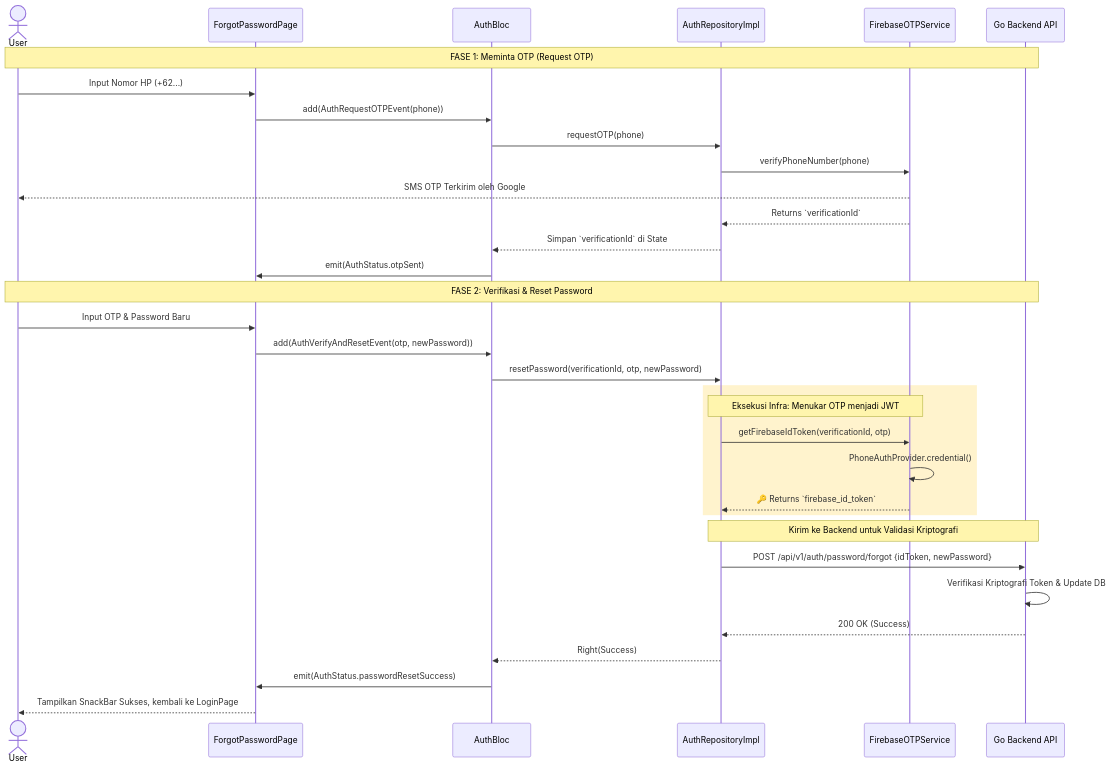
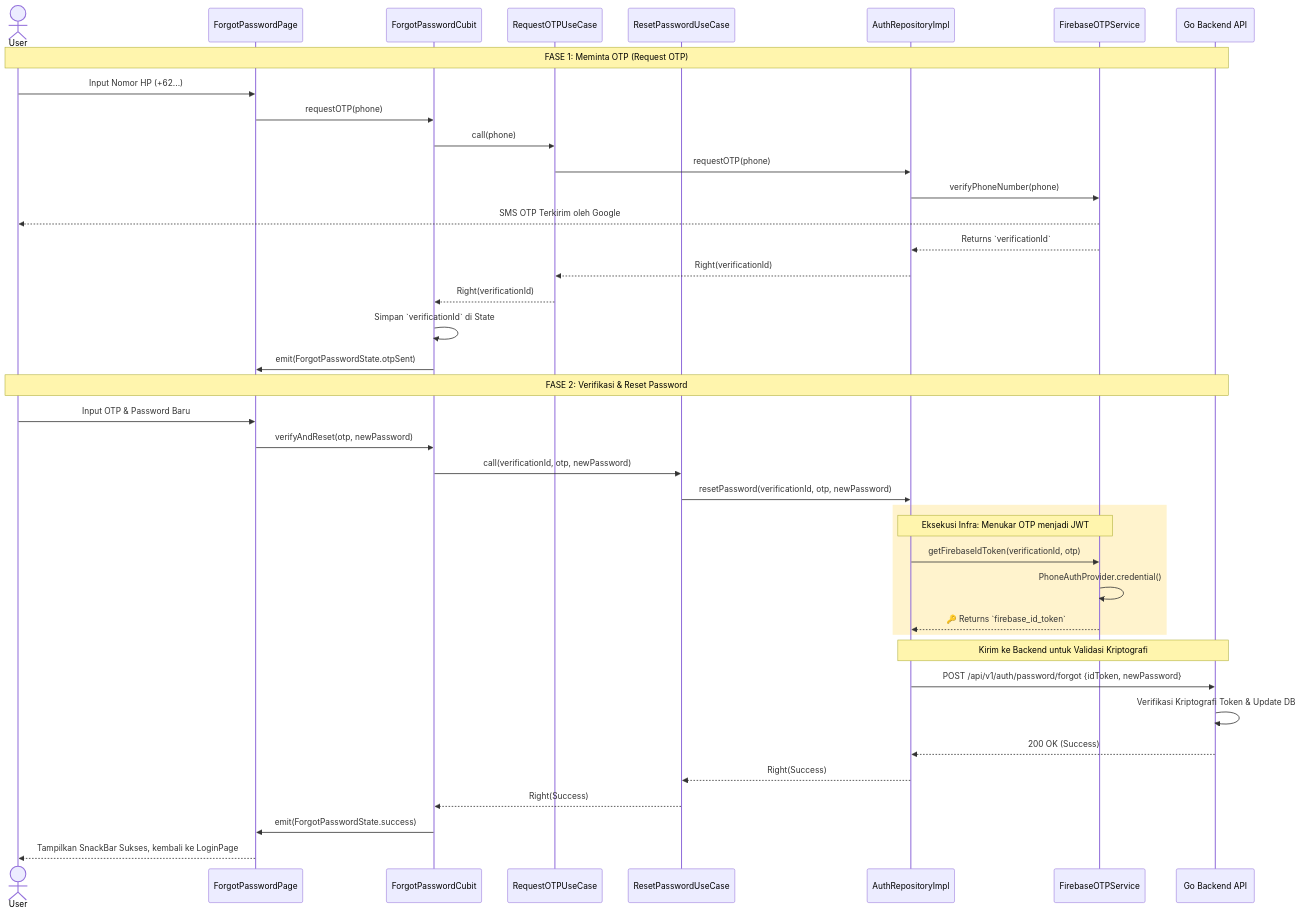
One commit to nunutech40/news-app-flutter changed the seventh of 7 diagrams in docs/features/auth.md. Above: the diagram before and after it, drawn with Mermaid. The commit also changed other lines of this file, not shown here.

Commit message:
docs: use ForgotPasswordCubit and UseCases in Firebase OTP flow

````diff
--- a/docs/features/auth.md
+++ b/docs/features/auth.md
@@ -379,40 +381,47 @@
 ```mermaid
 sequenceDiagram
     actor User
     participant UI as ForgotPasswordPage
-    participant Bloc as AuthBloc
+    participant Cubit as ForgotPasswordCubit
+    participant UCReq as RequestOTPUseCase
+    participant UCRes as ResetPasswordUseCase
     participant Repo as AuthRepositoryImpl
     participant FBService as FirebaseOTPService
     participant BE as Go Backend API
 
     Note over User, BE: FASE 1: Meminta OTP (Request OTP)
     User->>UI: Input Nomor HP (+62...)
-    UI->>Bloc: add(AuthRequestOTPEvent(phone))
-    Bloc->>Repo: requestOTP(phone)
+    UI->>Cubit: requestOTP(phone)
+    Cubit->>UCReq: call(phone)
+    UCReq->>Repo: requestOTP(phone)
     Repo->>FBService: verifyPhoneNumber(phone)
     FBService-->>User: SMS OTP Terkirim oleh Google
     FBService-->>Repo: Returns `verificationId`
-    Repo-->>Bloc: Simpan `verificationId` di State
-    Bloc->>UI: emit(AuthStatus.otpSent)
+    Repo-->>UCReq: Right(verificationId)
+    UCReq-->>Cubit: Right(verificationId)
+    Cubit->>Cubit: Simpan `verificationId` di State
+    Cubit->>UI: emit(ForgotPasswordState.otpSent)
     
     Note over User, BE: FASE 2: Verifikasi & Reset Password
     User->>UI: Input OTP & Password Baru
-    UI->>Bloc: add(AuthVerifyAndResetEvent(otp, newPassword))
-    Bloc->>Repo: resetPassword(verificationId, otp, newPassword)
+    UI->>Cubit: verifyAndReset(otp, newPassword)
+    Cubit->>UCRes: call(verificationId, otp, newPassword)
+    UCRes->>Repo: resetPassword(verificationId, otp, newPassword)
     
     rect rgb(255, 243, 205)
         Note over Repo, FBService: Eksekusi Infra: Menukar OTP menjadi JWT
         Repo->>FBService: getFirebaseIdToken(verificationId, otp)
         FBService->>FBService: PhoneAuthProvider.credential()
         FBService-->>Repo: 🔑 Returns `firebase_id_token`
     end
     
     Note over Repo, BE: Kirim ke Backend untuk Validasi Kriptografi
     Repo->>BE: POST /api/v1/auth/password/forgot {idToken, newPassword}
     BE->>BE: Verifikasi Kriptografi Token & Update DB
     BE-->>Repo: 200 OK (Success)
     
-    Repo-->>Bloc: Right(Success)
-    Bloc->>UI: emit(AuthStatus.passwordResetSuccess)
+    Repo-->>UCRes: Right(Success)
+    UCRes-->>Cubit: Right(Success)
+    Cubit->>UI: emit(ForgotPasswordState.success)
     UI-->>User: Tampilkan SnackBar Sukses, kembali ke LoginPage
 ```
````
